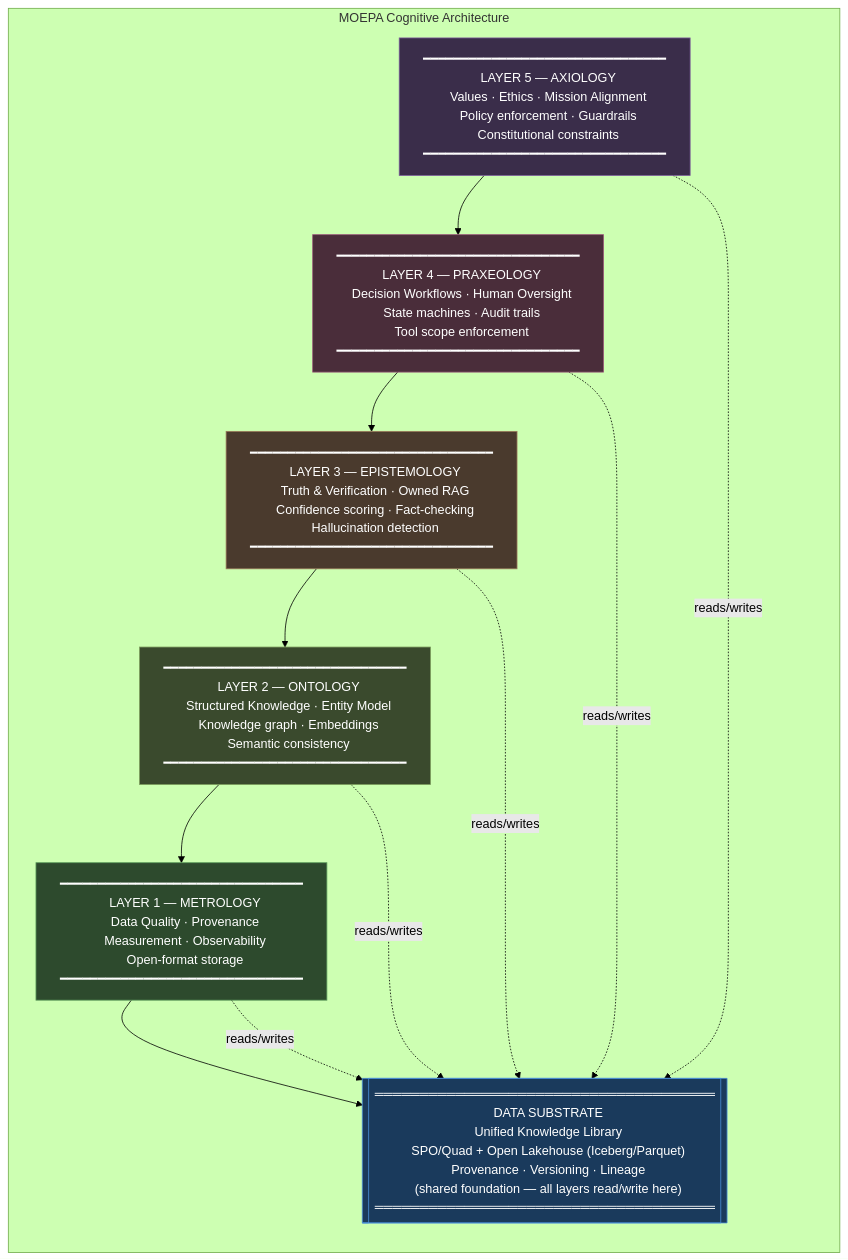
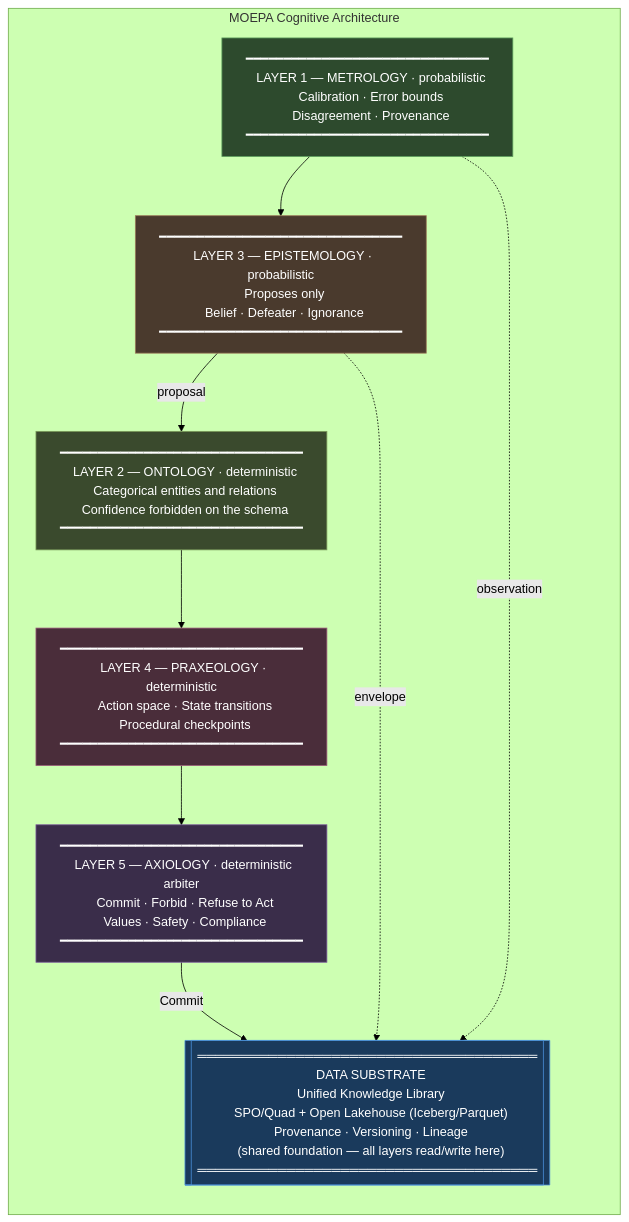
The diagram in diagrams/moepa-stack.md (PhilipAsiala/philosophical-ai-architecture), drawn with Mermaid (forest theme) before and after one commit. The commit also changed other lines of this file and 25 other files, not shown here.

````diff
--- a/diagrams/moepa-stack.md
+++ b/diagrams/moepa-stack.md
@@ -9,32 +9,33 @@
 ```mermaid
 graph TB
     subgraph STACK["MOEPA Cognitive Architecture"]
         direction TB
 
-        A5["━━━━━━━━━━━━━━━━━━━━━━━━━━━━━━━━\n  LAYER 5 — AXIOLOGY\n  Values · Ethics · Mission Alignment\n  Policy enforcement · Guardrails\n  Constitutional constraints\n━━━━━━━━━━━━━━━━━━━━━━━━━━━━━━━━"]
+        A5["━━━━━━━━━━━━━━━━━━━━━━━━━━━━━━━━\n  LAYER 5 — AXIOLOGY · deterministic arbiter\n  Commit · Forbid · Refuse to Act\n  Values · Safety · Compliance\n━━━━━━━━━━━━━━━━━━━━━━━━━━━━━━━━"]
 
-        A4["━━━━━━━━━━━━━━━━━━━━━━━━━━━━━━━━\n  LAYER 4 — PRAXEOLOGY\n  Decision Workflows · Human Oversight\n  State machines · Audit trails\n  Tool scope enforcement\n━━━━━━━━━━━━━━━━━━━━━━━━━━━━━━━━"]
+        A4["━━━━━━━━━━━━━━━━━━━━━━━━━━━━━━━━\n  LAYER 4 — PRAXEOLOGY · deterministic\n  Action space · State transitions\n  Procedural checkpoints\n━━━━━━━━━━━━━━━━━━━━━━━━━━━━━━━━"]
 
-        A3["━━━━━━━━━━━━━━━━━━━━━━━━━━━━━━━━\n  LAYER 3 — EPISTEMOLOGY\n  Truth & Verification · Owned RAG\n  Confidence scoring · Fact-checking\n  Hallucination detection\n━━━━━━━━━━━━━━━━━━━━━━━━━━━━━━━━"]
+        A3["━━━━━━━━━━━━━━━━━━━━━━━━━━━━━━━━\n  LAYER 3 — EPISTEMOLOGY · probabilistic\n  Proposes only\n  Belief · Defeater · Ignorance\n━━━━━━━━━━━━━━━━━━━━━━━━━━━━━━━━"]
 
-        A2["━━━━━━━━━━━━━━━━━━━━━━━━━━━━━━━━\n  LAYER 2 — ONTOLOGY\n  Structured Knowledge · Entity Model\n  Knowledge graph · Embeddings\n  Semantic consistency\n━━━━━━━━━━━━━━━━━━━━━━━━━━━━━━━━"]
+        A2["━━━━━━━━━━━━━━━━━━━━━━━━━━━━━━━━\n  LAYER 2 — ONTOLOGY · deterministic\n  Categorical entities and relations\n  Confidence forbidden on the schema\n━━━━━━━━━━━━━━━━━━━━━━━━━━━━━━━━"]
 
-        A1["━━━━━━━━━━━━━━━━━━━━━━━━━━━━━━━━\n  LAYER 1 — METROLOGY\n  Data Quality · Provenance\n  Measurement · Observability\n  Open-format storage\n━━━━━━━━━━━━━━━━━━━━━━━━━━━━━━━━"]
+        A1["━━━━━━━━━━━━━━━━━━━━━━━━━━━━━━━━\n  LAYER 1 — METROLOGY · probabilistic\n  Calibration · Error bounds\n  Disagreement · Provenance\n━━━━━━━━━━━━━━━━━━━━━━━━━━━━━━━━"]
 
         SUB[["══════════════════════════════════════\n  DATA SUBSTRATE\n  Unified Knowledge Library\n  SPO/Quad + Open Lakehouse (Iceberg/Parquet)\n  Provenance · Versioning · Lineage\n  (shared foundation — all layers read/write here)\n══════════════════════════════════════"]]
     end
 
-    A5 --> A4 --> A3 --> A2 --> A1 --> SUB
-    A1 -. reads/writes .-> SUB
-    A2 -. reads/writes .-> SUB
-    A3 -. reads/writes .-> SUB
-    A4 -. reads/writes .-> SUB
-    A5 -. reads/writes .-> SUB
+    A1 --> A3
+    A3 -->|"proposal"| A2
+    A2 --> A4
+    A4 --> A5
+    A5 -->|"Commit"| SUB
+    A1 -. observation .-> SUB
+    A3 -. envelope .-> SUB
 
     style SUB fill:#1a3a5c,color:#ffffff,stroke:#4a90d9
     style A1 fill:#2d4a2d,color:#ffffff,stroke:#5a9a5a
     style A2 fill:#3a4a2d,color:#ffffff,stroke:#7a9a5a
     style A3 fill:#4a3a2d,color:#ffffff,stroke:#9a7a5a
     style A4 fill:#4a2d3a,color:#ffffff,stroke:#9a5a7a
     style A5 fill:#3a2d4a,color:#ffffff,stroke:#7a5a9a
 ```
````
